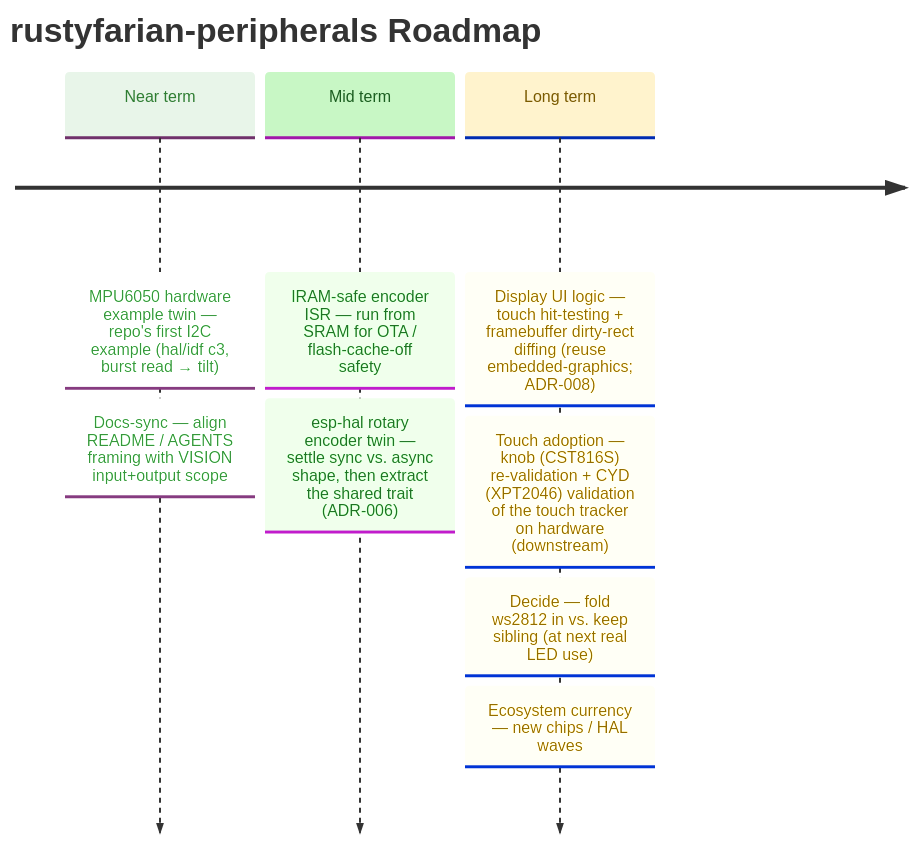
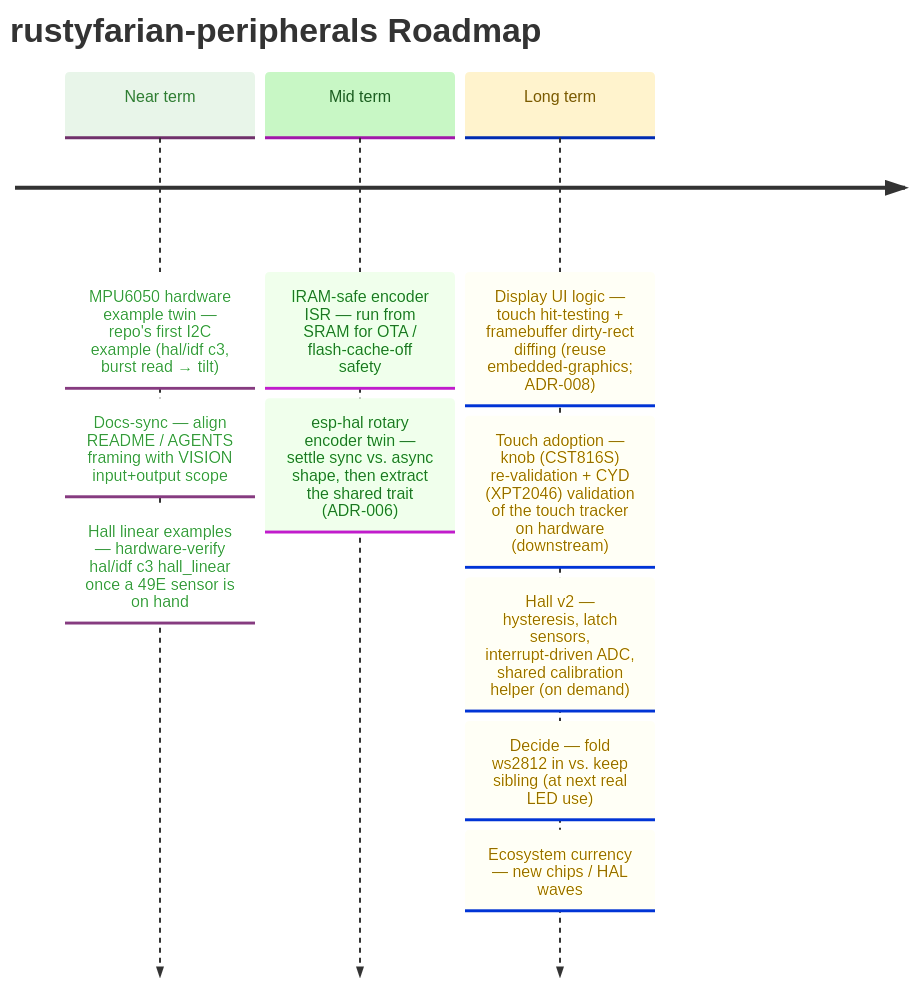
One commit to datenkollektiv/rustyfarian-peripherals changed the diagram in docs/ROADMAP.md. Above: the diagram before and after it, drawn with Mermaid. The commit also changed 2 other files, not shown here.

Commit message:
Archive `hall-sensing-v1` feature

````diff
--- a/docs/ROADMAP.md
+++ b/docs/ROADMAP.md
@@ -10,29 +10,31 @@
 ```mermaid
 %%{init: {
   "theme": "base",
   "themeVariables": {
     "cScale0": "#e8f5e9",
     "cScaleLabel0": "#2e7d32",
     "cScale1": "#c8f7c5",
     "cScaleLabel1": "#1b5e20",
     "cScale2": "#fff3cd",
     "cScaleLabel2": "#7a5a00",
     "cScale3": "#e3f2fd",
     "cScaleLabel3": "#0d47a1"
   }
 }}%%
 
 timeline
     title rustyfarian-peripherals Roadmap
 
     Near term : MPU6050 hardware example twin — repo's first I2C example (hal/idf c3, burst read → tilt)
               : Docs-sync — align README / AGENTS framing with VISION input+output scope
+              : Hall linear examples — hardware-verify hal/idf c3 hall_linear once a 49E sensor is on hand
 
     Mid term  : IRAM-safe encoder ISR — run from SRAM for OTA / flash-cache-off safety
               : esp-hal rotary encoder twin — settle sync vs. async shape, then extract the shared trait (ADR-006)
 
     Long term : Display UI logic — touch hit-testing + framebuffer dirty-rect diffing (reuse embedded-graphics; ADR-008)
               : Touch adoption — knob (CST816S) re-validation + CYD (XPT2046) validation of the touch tracker on hardware (downstream)
+              : Hall v2 — hysteresis, latch sensors, interrupt-driven ADC, shared calibration helper (on demand)
               : Decide — fold ws2812 in vs. keep sibling (at next real LED use)
               : Ecosystem currency — new chips / HAL waves
 ```
````
